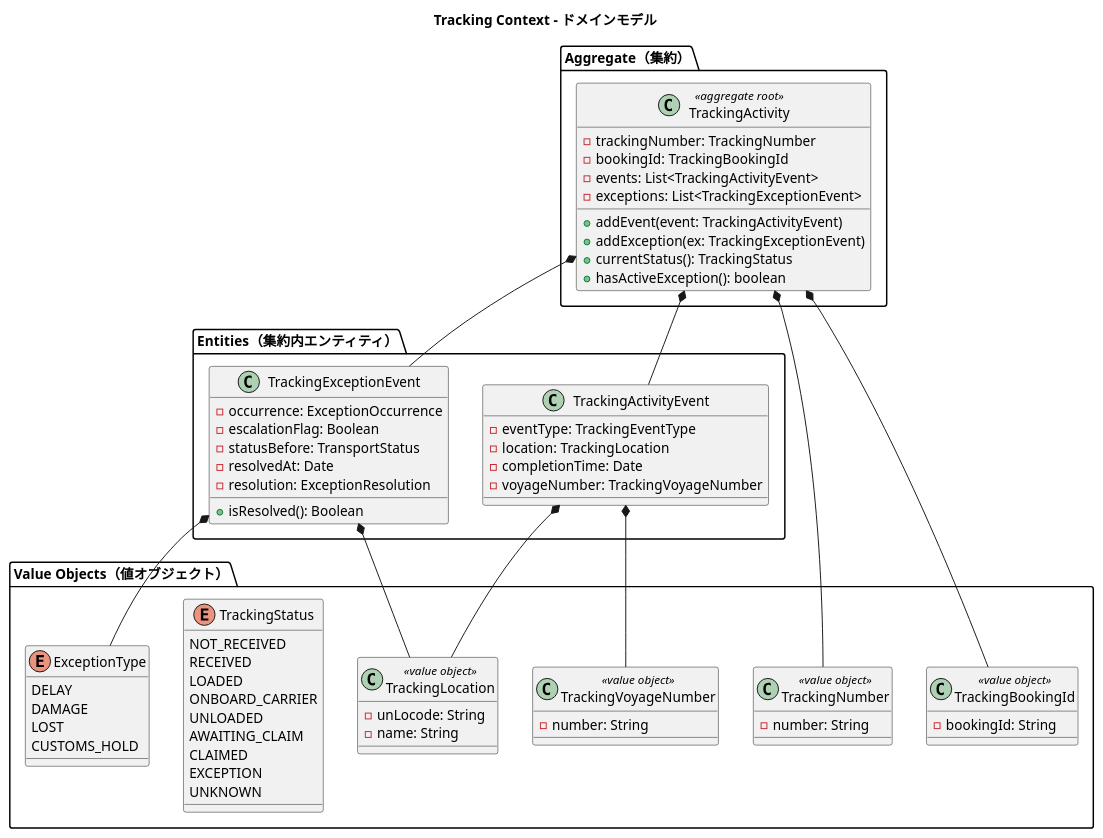
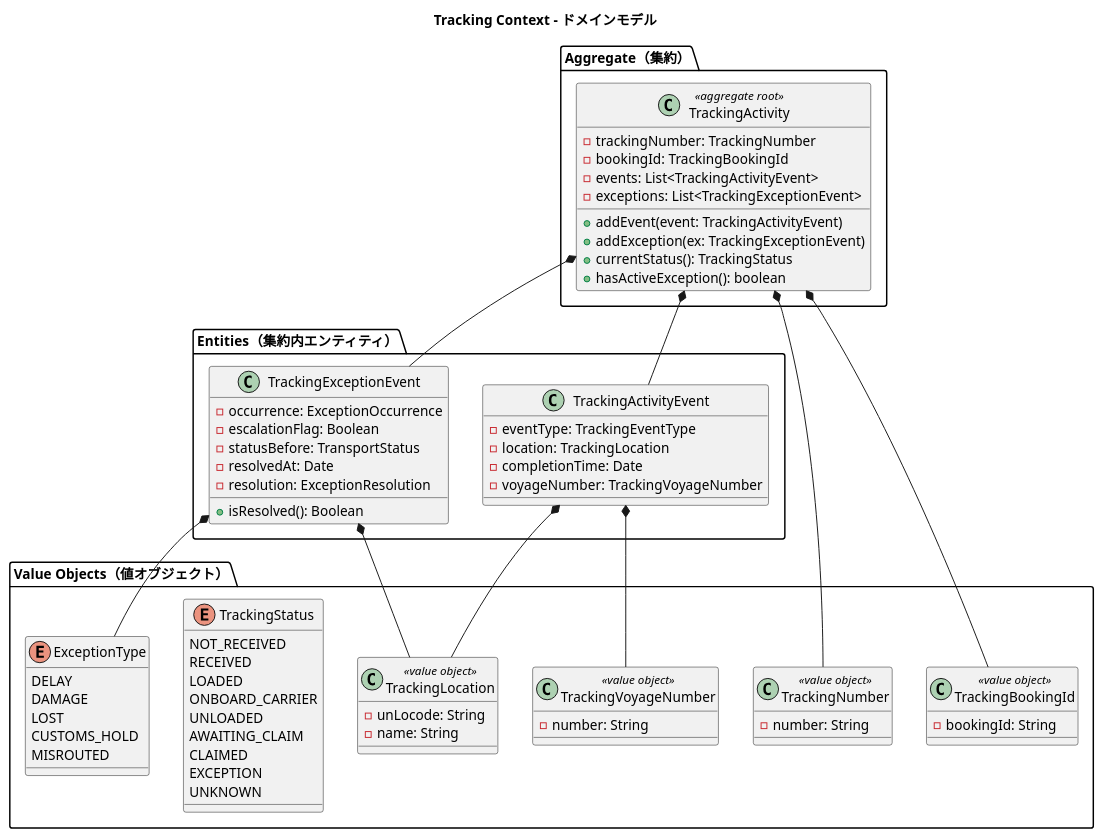
The sixth of 11 diagrams in docs/design/domain-model.md (k2works/case-study-cargo-tracker), drawn with PlantUML before and after one commit. The commit also changed other lines of this file and 20 other files, not shown here.

````diff
--- a/docs/design/domain-model.md
+++ b/docs/design/domain-model.md
@@ -727,78 +727,79 @@
 ```plantuml
 @startuml
 title Tracking Context - ドメインモデル
 
 package "Aggregate（集約）" {
   class TrackingActivity <<aggregate root>> {
     -trackingNumber: TrackingNumber
     -bookingId: TrackingBookingId
     -events: List<TrackingActivityEvent>
     -exceptions: List<TrackingExceptionEvent>
     +addEvent(event: TrackingActivityEvent)
     +addException(ex: TrackingExceptionEvent)
     +currentStatus(): TrackingStatus
     +hasActiveException(): boolean
   }
 }
 
 package "Entities（集約内エンティティ）" {
   class TrackingActivityEvent {
     -eventType: TrackingEventType
     -location: TrackingLocation
     -completionTime: Date
     -voyageNumber: TrackingVoyageNumber
   }
   class TrackingExceptionEvent {
     -occurrence: ExceptionOccurrence
     -escalationFlag: Boolean
     -statusBefore: TransportStatus
     -resolvedAt: Date
     -resolution: ExceptionResolution
     +isResolved(): Boolean
   }
 }
 
 package "Value Objects（値オブジェクト）" {
   class TrackingNumber <<value object>> {
     -number: String
   }
   class TrackingBookingId <<value object>> {
     -bookingId: String
   }
   class TrackingLocation <<value object>> {
     -unLocode: String
     -name: String
   }
   class TrackingVoyageNumber <<value object>> {
     -number: String
   }
   enum TrackingStatus {
     NOT_RECEIVED
     RECEIVED
     LOADED
     ONBOARD_CARRIER
     UNLOADED
     AWAITING_CLAIM
     CLAIMED
     EXCEPTION
     UNKNOWN
   }
   enum ExceptionType {
     DELAY
     DAMAGE
     LOST
     CUSTOMS_HOLD
+    MISROUTED
   }
 }
 
 TrackingActivity *-- TrackingNumber
 TrackingActivity *-- TrackingBookingId
 TrackingActivity *-- TrackingActivityEvent
 TrackingActivity *-- TrackingExceptionEvent
 TrackingActivityEvent *-- TrackingLocation
 TrackingActivityEvent *-- TrackingVoyageNumber
 TrackingExceptionEvent *-- ExceptionType
 TrackingExceptionEvent *-- TrackingLocation
 
 @enduml
 ```
````
